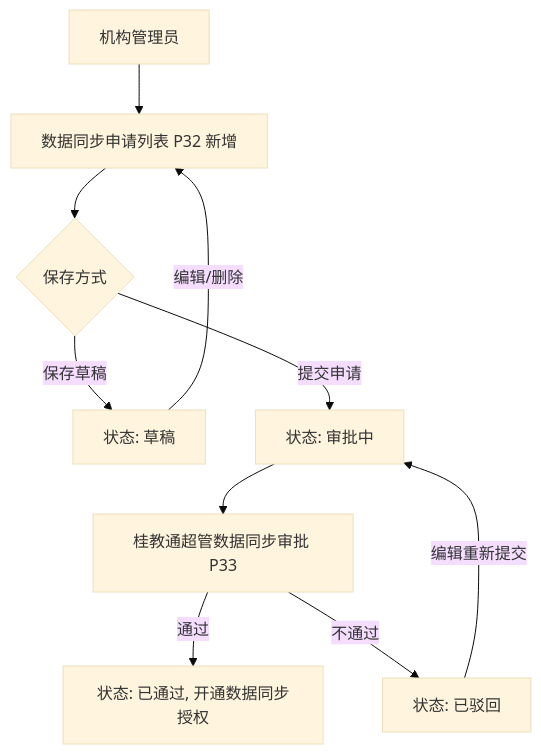
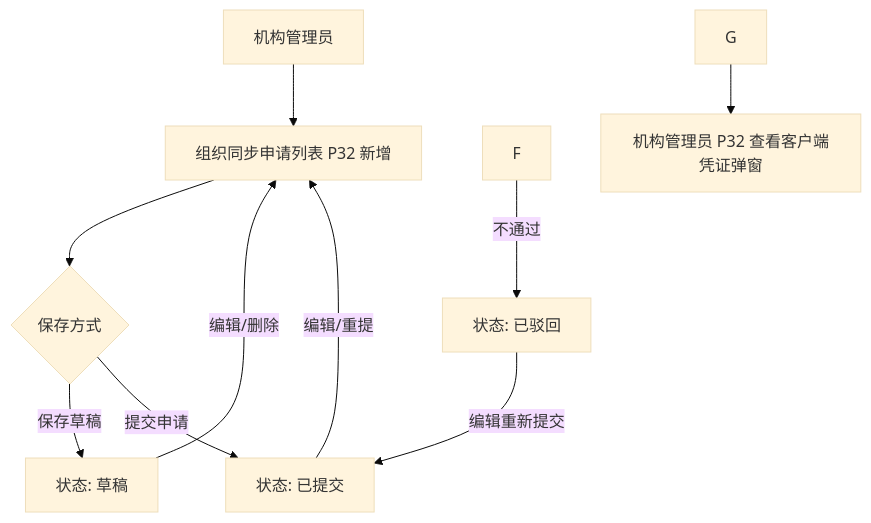
Before and after one commit to sunmei119/capPlatform: the seventh of 9 diagrams in output/prd/prd.md, drawn with Mermaid (base theme). The commit also changed other lines of this file and 2 other files, not shown here.

````diff
--- a/output/prd/prd.md
+++ b/output/prd/prd.md
@@ -232,12 +231,12 @@
 ```mermaid
 flowchart TD
-    A[机构管理员] --> B[数据同步申请列表 P32 新增]
+    A[机构管理员] --> B[组织同步申请列表 P32 新增]
     B --> C{保存方式}
     C -- 保存草稿 --> D[状态: 草稿]
-    C -- 提交申请 --> E[状态: 审批中]
+    C -- 提交申请 --> E[状态: 已提交]
     D -- 编辑/删除 --> B
-    E --> F[桂教通超管数据同步审批 P33]
-    F -- 通过 --> G[状态: 已通过, 开通数据同步授权]
+    E -- 编辑/重提 --> B
     F -- 不通过 --> H[状态: 已驳回]
     H -- 编辑重新提交 --> E
+    G --> I[机构管理员 P32 查看客户端凭证弹窗]
 ```
````
